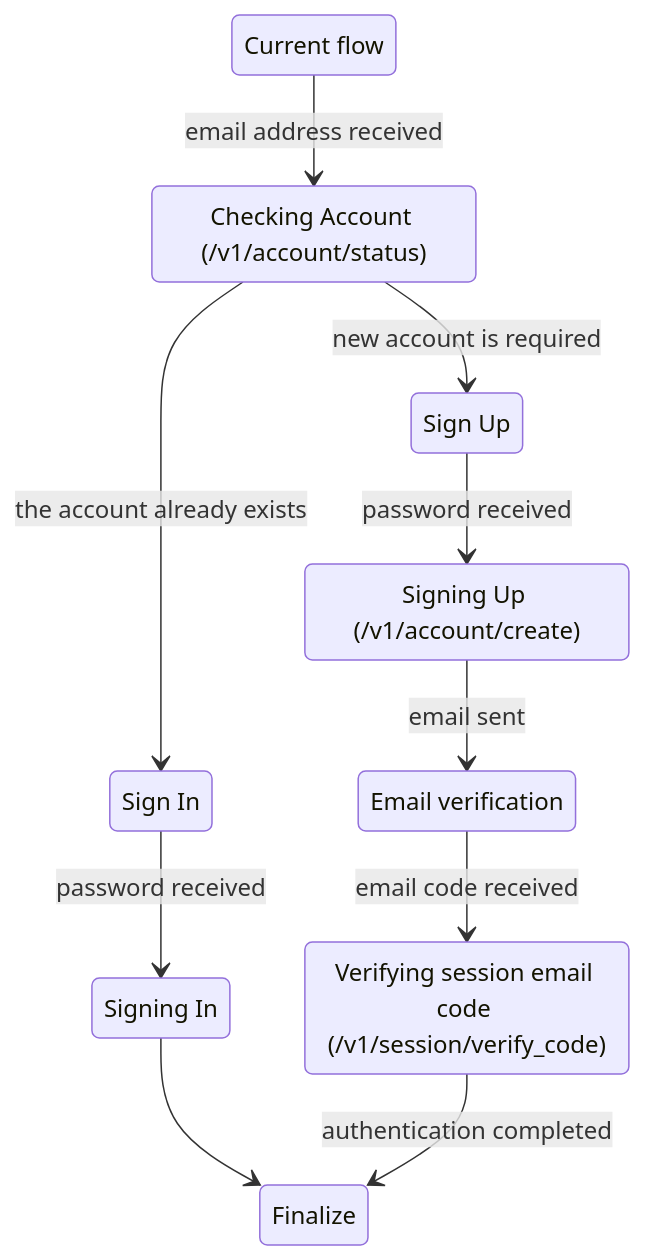
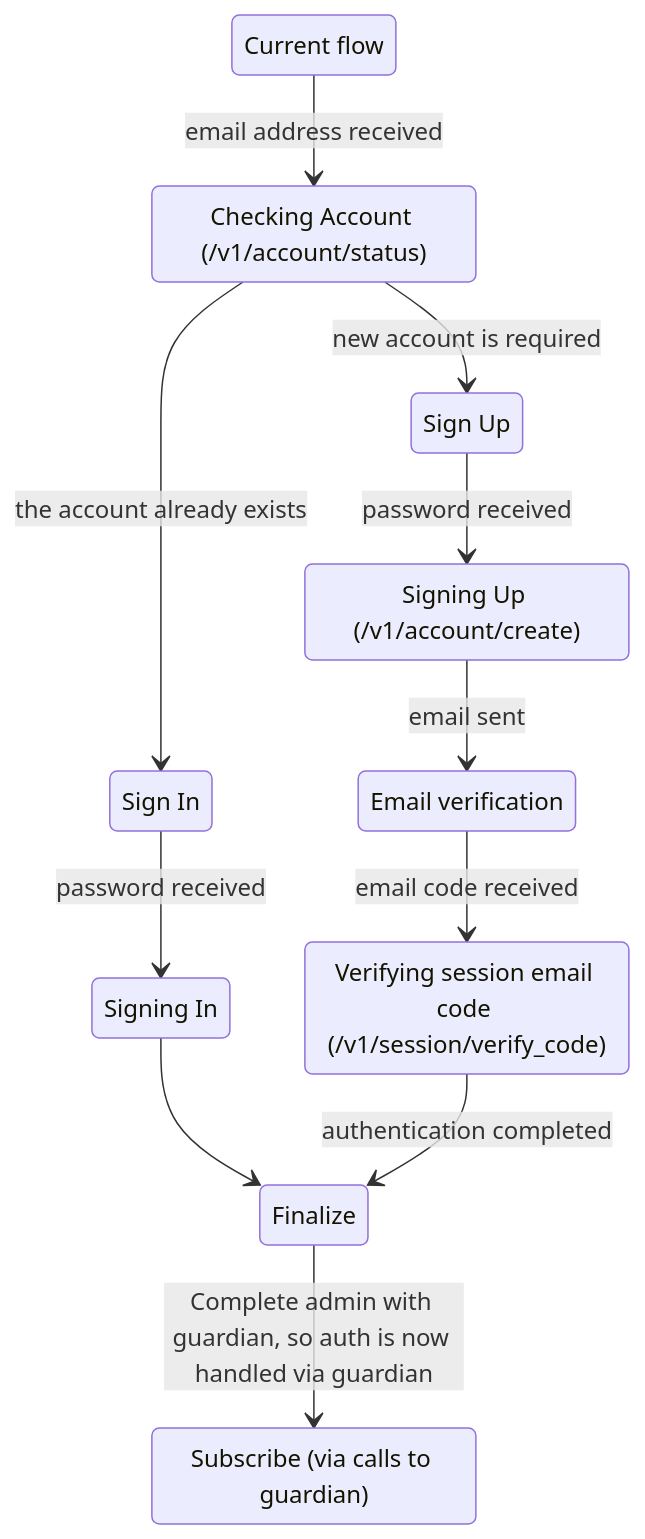
Before and after one commit to mozilla-mobile/mozilla-vpn-client: the first of 2 diagrams in docs/authentication-in-app.md, drawn with Mermaid. The commit also changed other lines of this file, not shown here.

````diff
--- a/docs/authentication-in-app.md
+++ b/docs/authentication-in-app.md
@@ -3,22 +3,24 @@
 ```mermaid
 stateDiagram-v2
   Start: Current flow
   CheckingAccount: Checking Account (/v1/account/status)
   SignIn: Sign In
   SignUp: Sign Up
   SigningIn: Signing In
   SigningUp: Signing Up (/v1/account/create)
   EmailVerification: Email verification
   VerifyingSessionEmailCode: Verifying session email code (/v1/session/verify_code)
+  Finalize: 
+  Subscribe: Subscribe (via calls to guardian) 
  
   Start --> CheckingAccount: email address received
   CheckingAccount --> SignIn: the account already exists
   CheckingAccount --> SignUp: new account is required
   SignIn --> SigningIn: password received
   SigningIn --> Finalize
   SignUp --> SigningUp: password received
   SigningUp --> EmailVerification: email sent
   EmailVerification --> VerifyingSessionEmailCode: email code received
   VerifyingSessionEmailCode --> Finalize: authentication completed
-  Finalize
+  Finalize --> Subscribe: Complete admin with guardian, so auth is now handled via guardian
 ```
````
